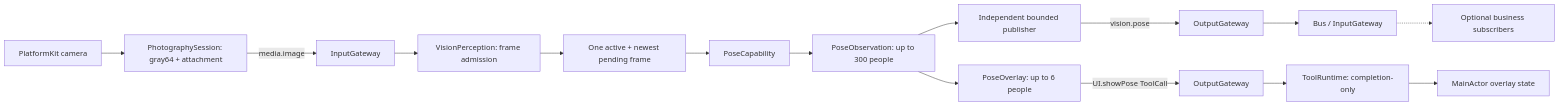
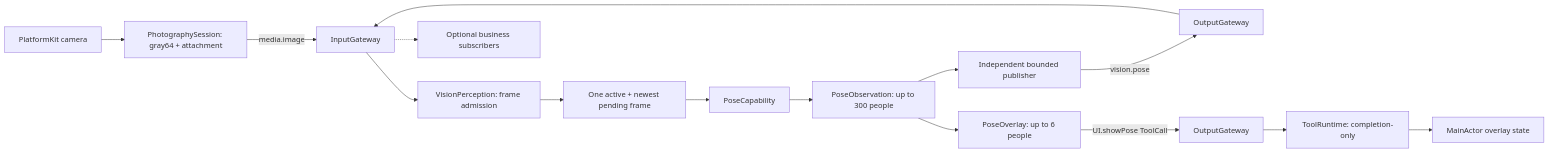
The second of 2 diagrams in MobileHarness/Agents/VisionPerception/README.md (devilyouwei/MobileHarness), drawn with Mermaid before and after one commit. The commit also changed other lines of this file and 40 other files, not shown here.

Commit message:
refactor: replace signal bus with direct gateway admission

````diff
--- a/MobileHarness/Agents/VisionPerception/README.md
+++ b/MobileHarness/Agents/VisionPerception/README.md
@@ -59,17 +59,17 @@
 ```mermaid
 flowchart LR
     Camera[PlatformKit camera] --> App[PhotographySession: gray64 + attachment]
     App -->|media.image| IG[InputGateway]
     IG --> Filter[VisionPerception: frame admission]
     Filter --> Latest[One active + newest pending frame]
     Latest --> Pose[PoseCapability]
     Pose --> Obs[PoseObservation: up to 300 people]
     Obs --> Pub[Independent bounded publisher]
     Pub -->|vision.pose| OG1[OutputGateway]
-    OG1 --> Bus[Bus / InputGateway]
-    Bus -.-> Future[Optional business subscribers]
+    OG1 --> IG[InputGateway]
+    IG -.-> Future[Optional business subscribers]
     Obs --> Projection[PoseOverlay: up to 6 people]
     Projection -->|UI.showPose ToolCall| OG2[OutputGateway]
     OG2 --> TR[ToolRuntime: completion-only]
     TR --> UI[MainActor overlay state]
 ```
````
